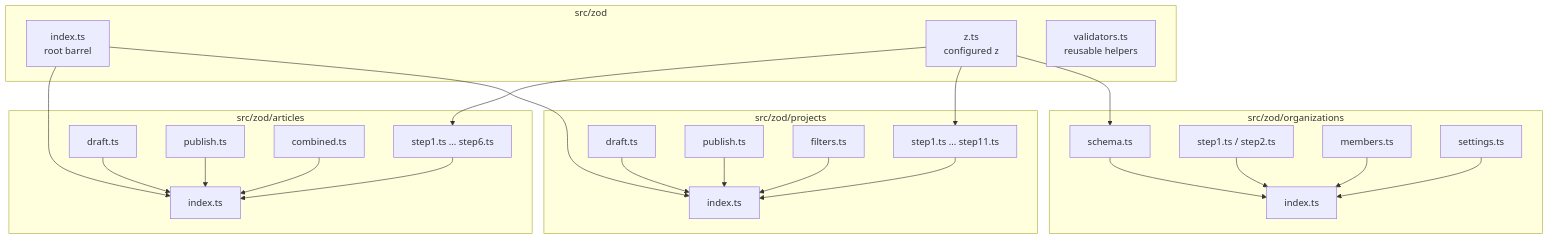
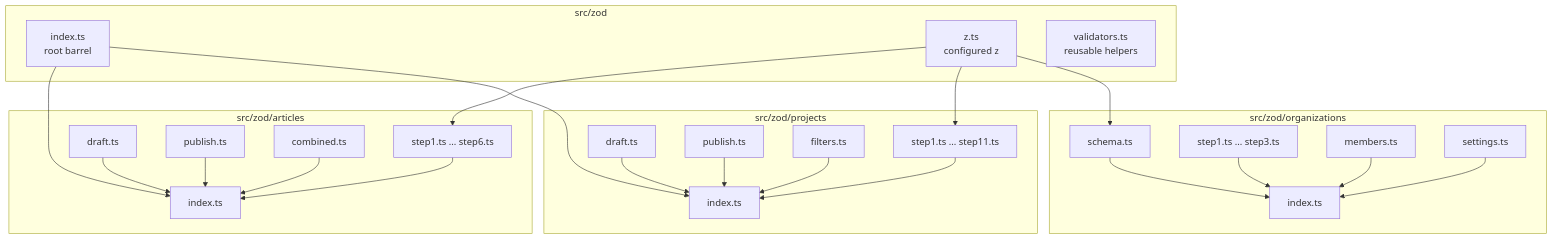
One commit to jackcasstlesjones/ozeaon-wiki changed the second of 3 diagrams in src/content/docs/config-and-utils/zod-validation.md. Above: the diagram before and after it, drawn with Mermaid. The commit also changed other lines of this file and 19 other files, not shown here.

First line of the commit message:
docs: document api routes, utils, hooks, zod schemas, constants, types, lib internals and migrations

````diff
--- a/src/content/docs/config-and-utils/zod-validation.md
+++ b/src/content/docs/config-and-utils/zod-validation.md
@@ -183,50 +183,50 @@
 ```mermaid
 flowchart TD
     subgraph sg_Root["src/zod"]
         RootIdx["index.ts<br/>root barrel"]
         ZFile["z.ts<br/>configured z"]
         Vals["validators.ts<br/>reusable helpers"]
     end
 
     subgraph sg_Articles["src/zod/articles"]
         AStep1["step1.ts ... step6.ts"]
         ADraft["draft.ts"]
         APub["publish.ts"]
         AComb["combined.ts"]
         AIdx["index.ts"]
     end
 
     subgraph sg_Projects["src/zod/projects"]
         PSteps["step1.ts ... step11.ts"]
         PDraft["draft.ts"]
         PPub["publish.ts"]
         PFilt["filters.ts"]
         PIdx["index.ts"]
     end
 
     subgraph sg_Orgs["src/zod/organizations"]
         OSchema["schema.ts"]
-        OSteps["step1.ts / step2.ts"]
+        OSteps["step1.ts ... step3.ts"]
         OMembers["members.ts"]
         OSettings["settings.ts"]
         OIdx["index.ts"]
     end
 
     RootIdx --> AIdx
     RootIdx --> PIdx
     ZFile --> AStep1
     ZFile --> PSteps
     ZFile --> OSchema
     AStep1 --> AIdx
     ADraft --> AIdx
     APub --> AIdx
     AComb --> AIdx
     PSteps --> PIdx
     PDraft --> PIdx
     PPub --> PIdx
     PFilt --> PIdx
     OSchema --> OIdx
     OSteps --> OIdx
     OMembers --> OIdx
     OSettings --> OIdx
 ```
````
